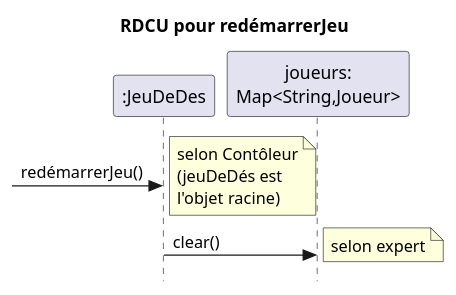
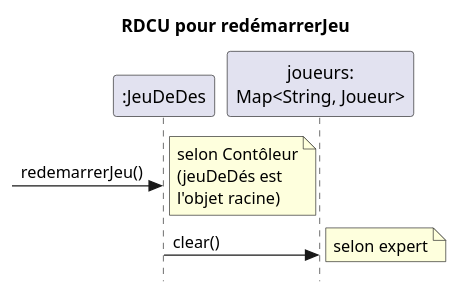
Before and after one commit to HugoR812/log210-enonce-lab0: the diagram in docs/modeles/rdcu-redemarrerJeu.puml, drawn with PlantUML.

Commit message:
changement dans rdcu redemarrerJeu (mauvaise syntaxe)

```diff
--- a/docs/modeles/rdcu-redemarrerJeu.puml
+++ b/docs/modeles/rdcu-redemarrerJeu.puml
@@ -1,22 +1,22 @@
 @startuml RDCU pour redémarrerJeu
 skinparam style strictuml
 skinparam packageStyle rect
 skinparam backgroundcolor transparent
 skinparam defaultfontname Verdana
 
 title RDCU pour redémarrerJeu
 
 
--> ":JeuDeDes" : redémarrerJeu()
+-> ":JeuDeDes" : redemarrerJeu()
 note right
   selon Contôleur
   (jeuDeDés est
   l'objet racine)
 end note
 
-":JeuDeDes" -> "joueurs:\nMap<String,Joueur>" : clear()
+":JeuDeDes" -> "joueurs:\nMap<String, Joueur>" : clear()
 note right
   selon expert
 end note
 
 @enduml
```
